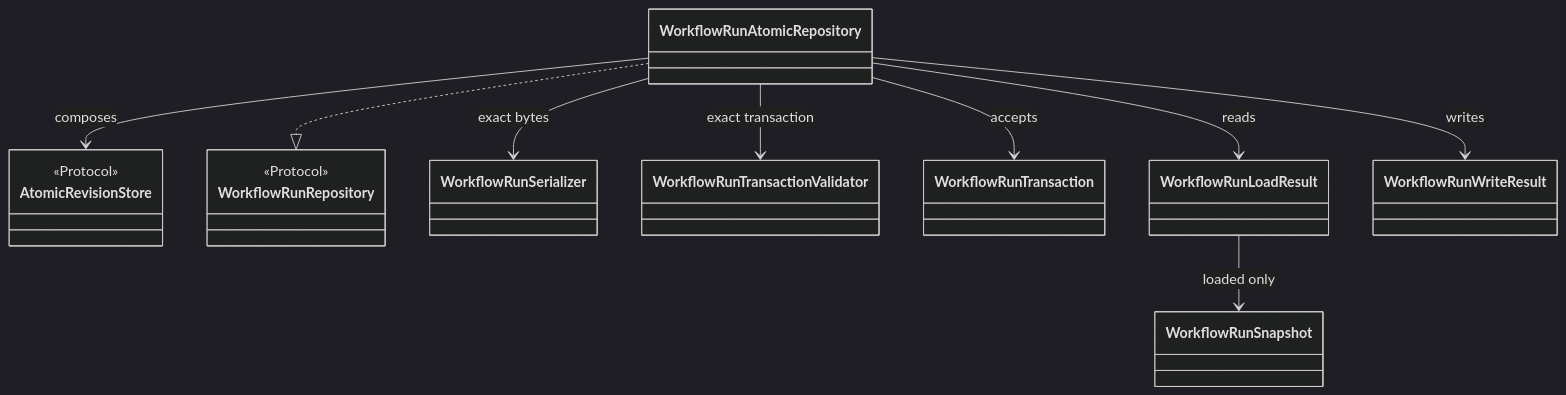
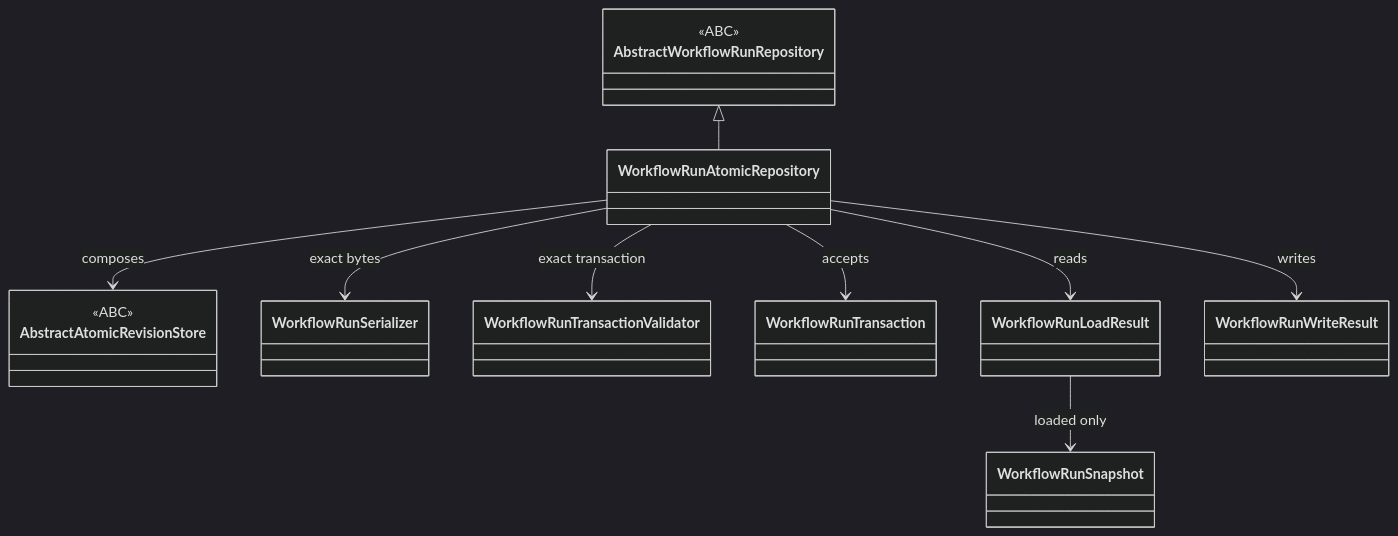
The second of 4 diagrams in docs/architecture/v2/ksdft2effmass/persistence/index.md (eragasa/ksdft2effmass), drawn with Mermaid (dark theme) before and after one commit. The commit also changed other lines of this file and 94 other files, not shown here.

Commit message:
docs(architecture): close nominal ABC migration gate

````diff
--- a/docs/architecture/v2/ksdft2effmass/persistence/index.md
+++ b/docs/architecture/v2/ksdft2effmass/persistence/index.md
@@ -135,25 +140,25 @@
 ```mermaid
 classDiagram
-    class AtomicRevisionStore {
-        <<Protocol>>
+    class AbstractAtomicRevisionStore {
+        <<ABC>>
     }
-    class WorkflowRunRepository {
-        <<Protocol>>
+    class AbstractWorkflowRunRepository {
+        <<ABC>>
     }
     class WorkflowRunAtomicRepository
     class WorkflowRunSerializer
     class WorkflowRunTransactionValidator
     class WorkflowRunTransaction
     class WorkflowRunSnapshot
     class WorkflowRunLoadResult
     class WorkflowRunWriteResult
 
-    WorkflowRunAtomicRepository ..|> WorkflowRunRepository
-    WorkflowRunAtomicRepository --> AtomicRevisionStore : composes
+    AbstractWorkflowRunRepository <|-- WorkflowRunAtomicRepository
+    WorkflowRunAtomicRepository --> AbstractAtomicRevisionStore : composes
     WorkflowRunAtomicRepository --> WorkflowRunSerializer : exact bytes
     WorkflowRunAtomicRepository --> WorkflowRunTransactionValidator : exact transaction
     WorkflowRunAtomicRepository --> WorkflowRunTransaction : accepts
     WorkflowRunLoadResult --> WorkflowRunSnapshot : loaded only
     WorkflowRunAtomicRepository --> WorkflowRunLoadResult : reads
     WorkflowRunAtomicRepository --> WorkflowRunWriteResult : writes
 ```
````
